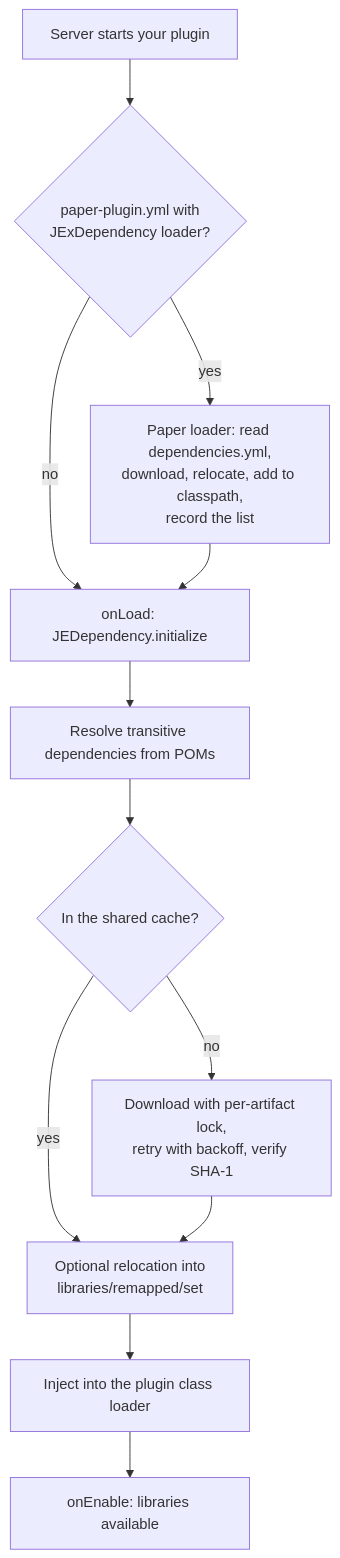
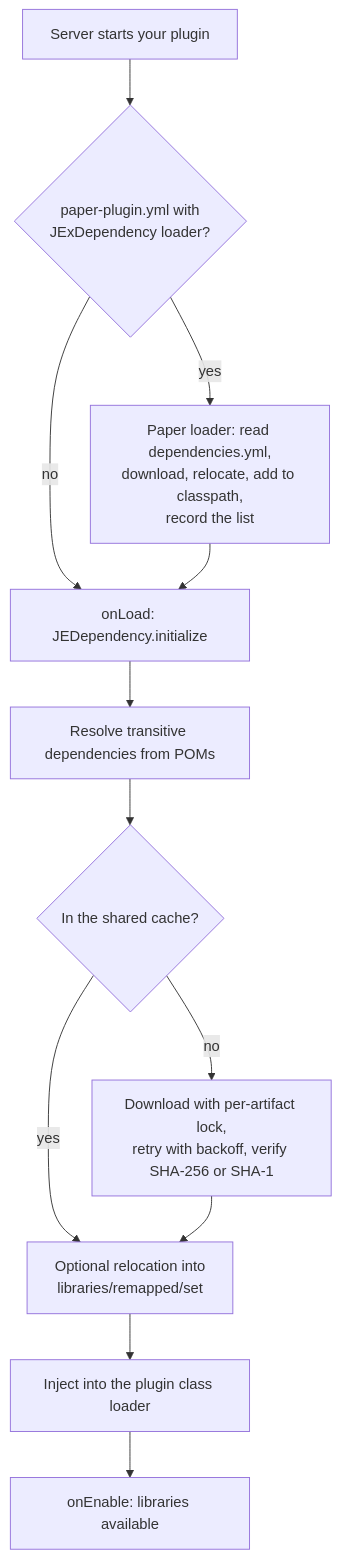
The diagram in README.md (JExcellence/JExDependency), drawn with Mermaid before and after one commit. The commit also changed other lines of this file and 16 other files, not shown here.

````diff
--- a/README.md
+++ b/README.md
@@ -119,14 +119,14 @@
 ```mermaid
 flowchart TD
     A[Server starts your plugin] --> B{paper-plugin.yml with<br/>JExDependency loader?}
     B -- yes --> C[Paper loader: read dependencies.yml,<br/>download, relocate, add to classpath,<br/>record the list]
     B -- no --> D[onLoad: JEDependency.initialize]
     C --> D
     D --> E[Resolve transitive dependencies from POMs]
     E --> F{In the shared cache?}
     F -- yes --> H
-    F -- no --> G[Download with per-artifact lock,<br/>retry with backoff, verify SHA-1]
+    F -- no --> G[Download with per-artifact lock,<br/>retry with backoff, verify SHA-256 or SHA-1]
     G --> H[Optional relocation into<br/>libraries/remapped/set]
     H --> I[Inject into the plugin class loader]
     I --> J[onEnable: libraries available]
 ```
````
